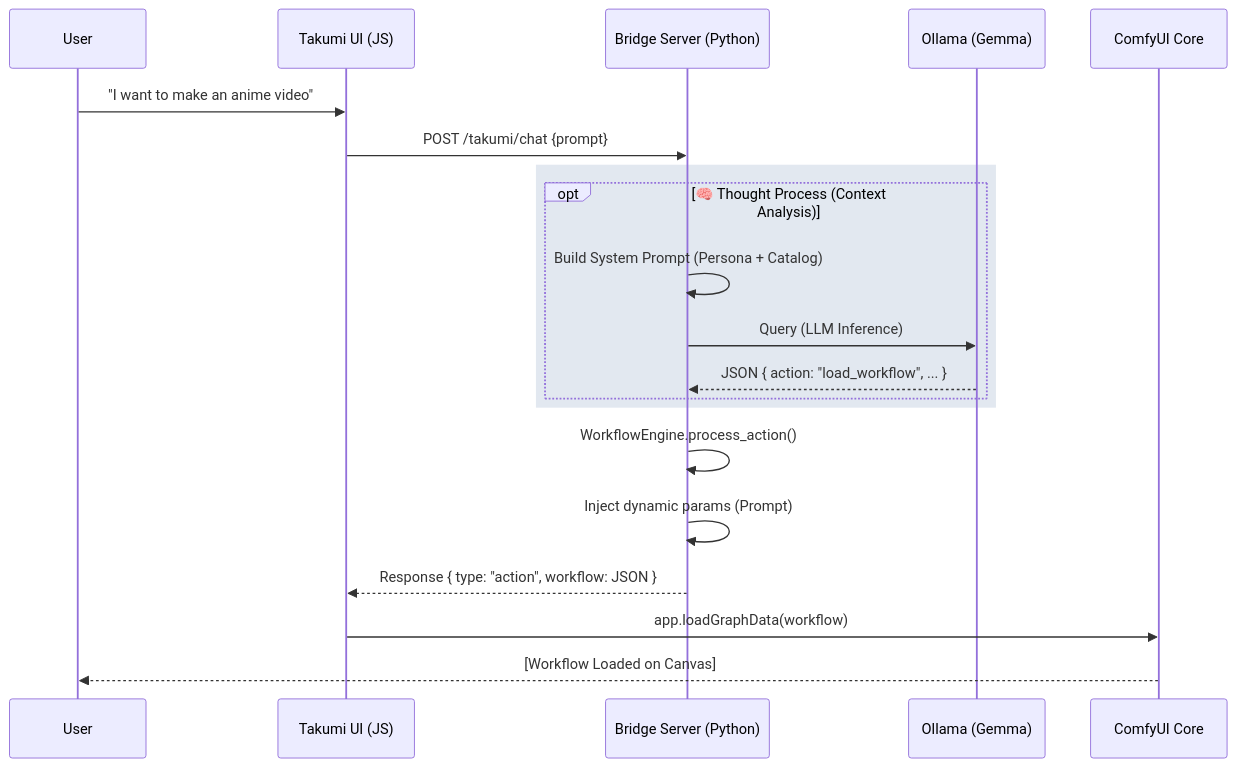
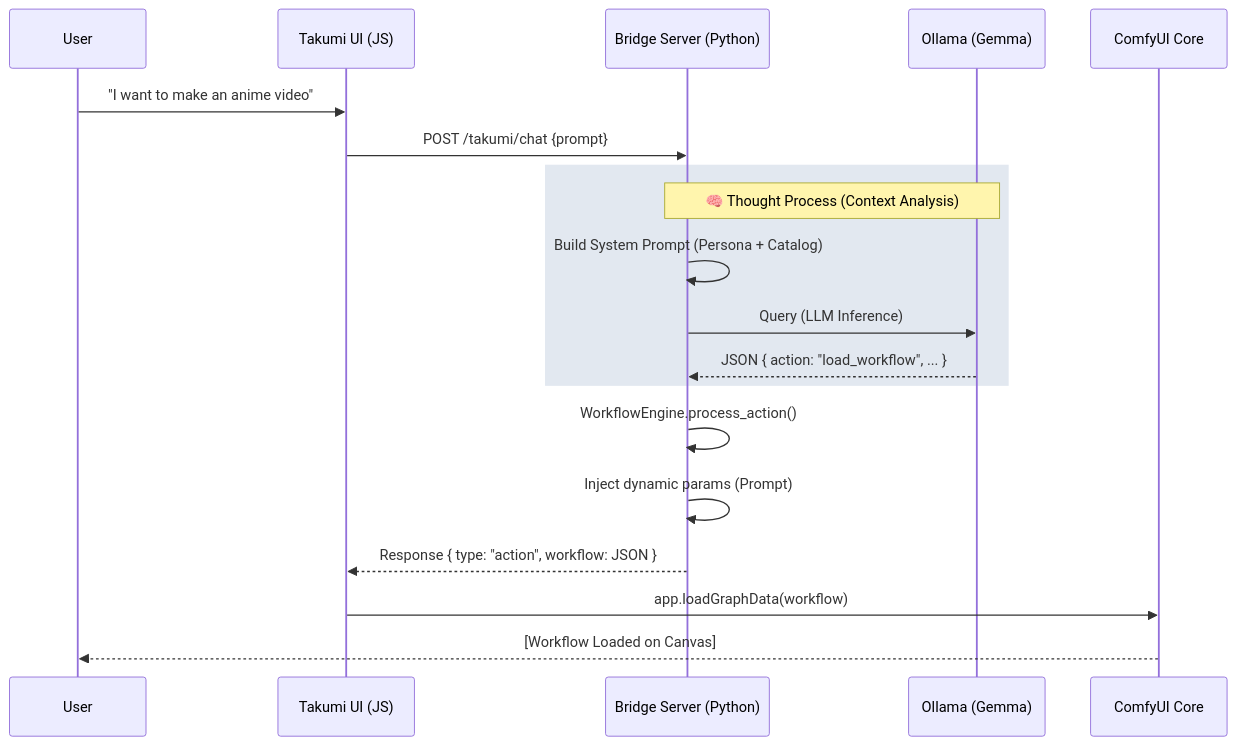
One commit to roguelikeCode/takumi-comfyui-advisor changed the third of 4 diagrams in architecture.md. Above: the diagram before and after it, drawn with Mermaid. The commit also changed other lines of this file, not shown here.

Commit message:
chore(architecture.md): fix mermaid colors for github visibility

````diff
--- a/architecture.md
+++ b/architecture.md
@@ -128,30 +137,29 @@
 ```mermaid
 sequenceDiagram
     %% --- Configuration ---
     participant User
     participant UI as Takumi UI (JS)
     participant Server as Bridge Server (Python)
     participant AI as Ollama (Gemma)
     participant Comfy as ComfyUI Core
 
     User->>UI: "I want to make an anime video"
     UI->>Server: POST /takumi/chat {prompt}
     
     %% Takumi's Brain Process
-    %% Fixed: Use "opt" for labeling without yellow Note
-    %% Color: Matches "External World" (#e2e8f0 -> rgb(226, 232, 240))
+    %% Fixed: Use rect for background, Note for Header with FORCED BLACK TEXT
     rect rgb(226, 232, 240)
-        opt 🧠 Thought Process (Context Analysis)
-            Server->>Server: Build System Prompt (Persona + Catalog)
-            Server->>AI: Query (LLM Inference)
-            AI-->>Server: JSON { action: "load_workflow", ... }
-        end
+        Note over Server, AI: 🧠 Thought Process (Context Analysis)
+        
+        Server->>Server: Build System Prompt (Persona + Catalog)
+        Server->>AI: Query (LLM Inference)
+        AI-->>Server: JSON { action: "load_workflow", ... }
     end
     
     Server->>Server: WorkflowEngine.process_action()
     Server->>Server: Inject dynamic params (Prompt)
     
     Server-->>UI: Response { type: "action", workflow: JSON }
     UI->>Comfy: app.loadGraphData(workflow)
     Comfy-->>User: [Workflow Loaded on Canvas]
 ```
````
